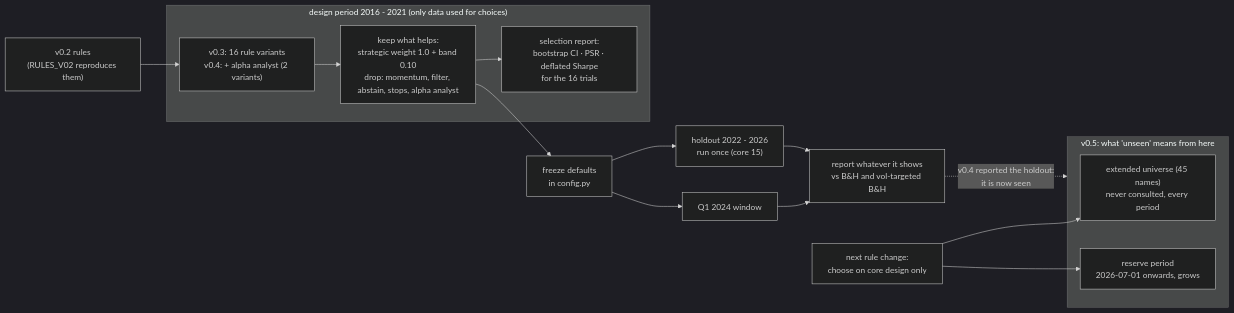
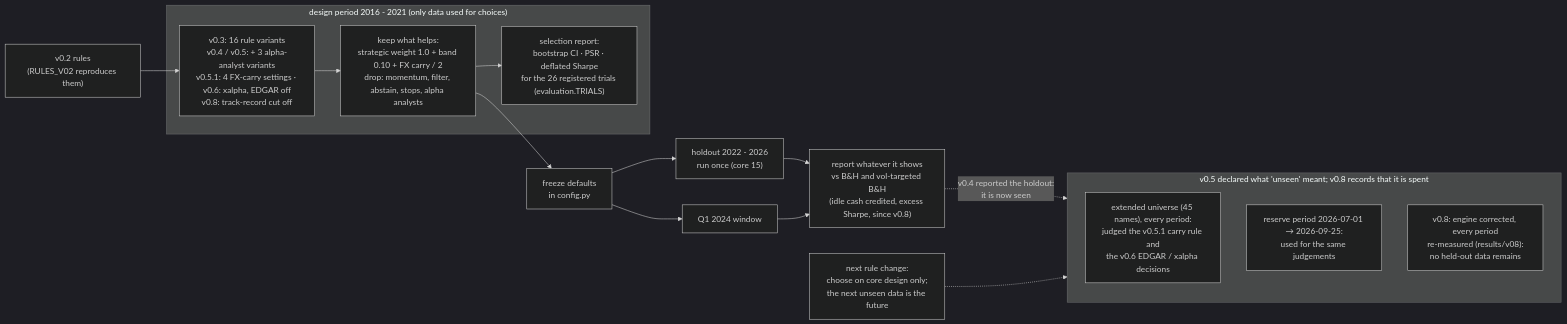
Before and after one commit to AshJha0/agentic-trader: diagram 23 of 30 in docs/DIAGRAMS.md, drawn with Mermaid (dark theme). The commit also changed other lines of this file and 112 other files, not shown here.

First line of the commit message:
v0.8.0: the tier-1 review's 91 findings implemented, every number re-measured (#10)

````diff
--- a/docs/DIAGRAMS.md
+++ b/docs/DIAGRAMS.md
@@ -641,20 +667,20 @@
 ```mermaid
 flowchart LR
     V02["v0.2 rules<br/>(RULES_V02 reproduces them)"] --> ABL
     subgraph Design["design period 2016 - 2021 (only data used for choices)"]
-        ABL["v0.3: 16 rule variants<br/>v0.4: + alpha analyst (2 variants)"] --> PICK["keep what helps:<br/>strategic weight 1.0 + band 0.10<br/>drop: momentum, filter, abstain, stops, alpha analyst"]
-        PICK --> DSR["selection report:<br/>bootstrap CI · PSR · deflated Sharpe<br/>for the 16 trials"]
+        ABL["v0.3: 16 rule variants<br/>v0.4 / v0.5: + 3 alpha-analyst variants<br/>v0.5.1: 4 FX-carry settings · v0.6: xalpha, EDGAR off<br/>v0.8: track-record cut off"] --> PICK["keep what helps:<br/>strategic weight 1.0 + band 0.10 + FX carry / 2<br/>drop: momentum, filter, abstain, stops, alpha analysts"]
+        PICK --> DSR["selection report:<br/>bootstrap CI · PSR · deflated Sharpe<br/>for the 26 registered trials (evaluation.TRIALS)"]
     end
     PICK --> FREEZE["freeze defaults<br/>in config.py"]
     FREEZE --> HO["holdout 2022 - 2026<br/>run once (core 15)"]
     FREEZE --> PW["Q1 2024 window"]
-    HO --> REP["report whatever it shows<br/>vs B&H and vol-targeted B&H"]
+    HO --> REP["report whatever it shows<br/>vs B&H and vol-targeted B&H<br/>(idle cash credited, excess Sharpe, since v0.8)"]
     PW --> REP
     REP -. "v0.4 reported the holdout:<br/>it is now seen" .-> FRESH
-    subgraph FRESH["v0.5: what 'unseen' means from here"]
-        EXT["extended universe (45 names)<br/>never consulted, every period"]
-        RES["reserve period<br/>2026-07-01 onwards, grows"]
+    subgraph FRESH["v0.5 declared what 'unseen' meant; v0.8 records that it is spent"]
+        EXT["extended universe (45 names), every period:<br/>judged the v0.5.1 carry rule and<br/>the v0.6 EDGAR / xalpha decisions"]
+        RES["reserve period 2026-07-01 → 2026-09-25:<br/>used for the same judgements"]
+        V08["v0.8: engine corrected, every period<br/>re-measured (results/v08):<br/>no held-out data remains"]
     end
-    NEXT["next rule change:<br/>choose on core design only"] --> EXT
-    NEXT --> RES
+    NEXT["next rule change:<br/>choose on core design only;<br/>the next unseen data is the future"] -.-> FRESH
 ```
````
